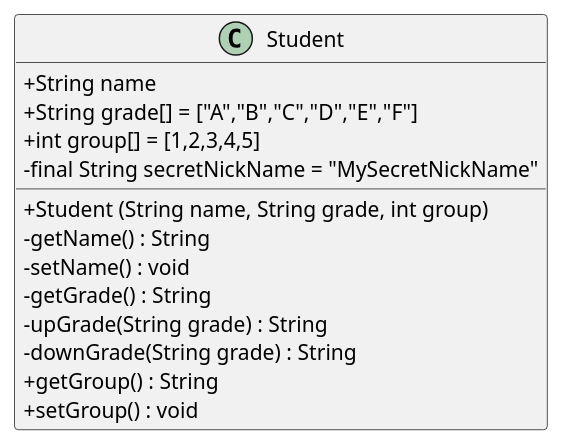
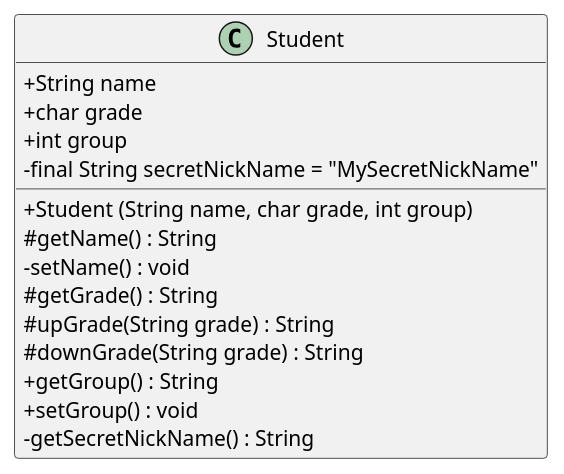
One commit to meenu-mathews/Student changed the diagram in Student.puml. Above: the diagram before and after it, drawn with PlantUML. The commit also changed 4 other files, not shown here.

Commit message:
Fixing downGrade and upGrade

```diff
--- a/Student.puml
+++ b/Student.puml
@@ -1,20 +1,21 @@
 @startuml
 'https://plantuml.com/class-diagram
 skinparam classAttributeIconSize 0
 class Student{
     + String name
-    + String grade[] = ["A","B","C","D","E","F"]
-    + int group[] = [1,2,3,4,5]
+    + char grade
+    + int group
     - final String secretNickName = "MySecretNickName"
 
-    + Student (String name, String grade, int group)
-    -getName() : String
+    + Student (String name, char grade, int group)
+    #getName() : String
     -setName() : void
-    -getGrade() : String
-    -upGrade(String grade) : String
-    -downGrade(String grade) : String
+    #getGrade() : String
+    #upGrade(String grade) : String
+    #downGrade(String grade) : String
     +getGroup() : String
     +setGroup() : void
+    -getSecretNickName() : String
 }
 
 @enduml
```
